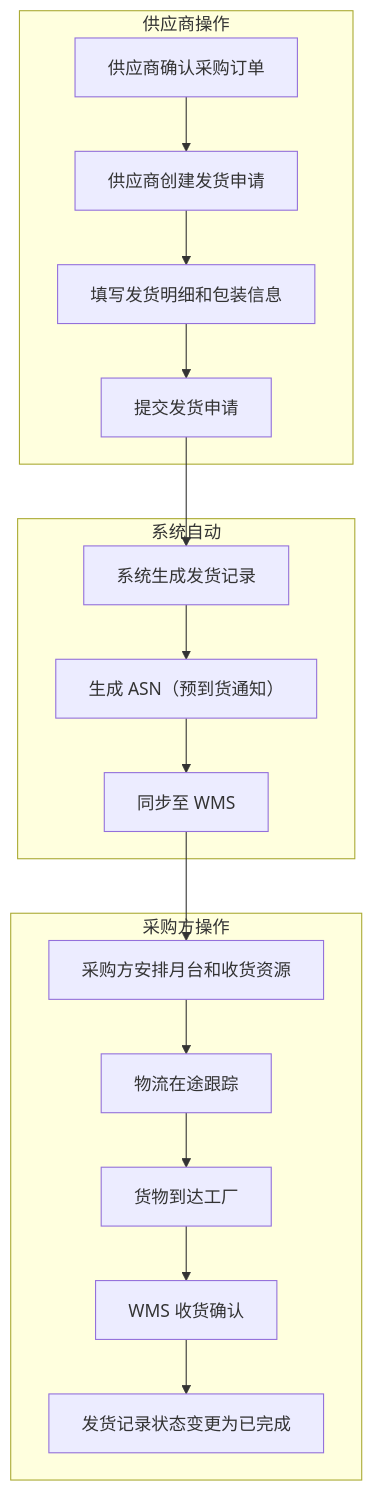
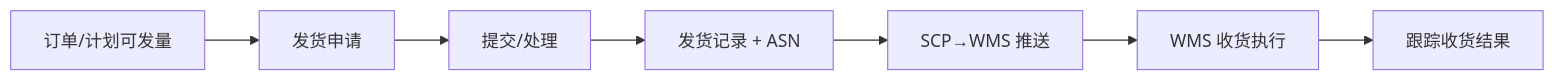
The diagram in docs/10-SCP-供应链平台/05-发货协同/index.md (jiargcn/MomProductDocument), drawn with Mermaid before and after one commit. The commit also changed other lines of this file and 27 other files, not shown here.

````diff
--- a/docs/10-SCP-供应链平台/05-发货协同/index.md
+++ b/docs/10-SCP-供应链平台/05-发货协同/index.md
@@ -63,35 +34,9 @@
 ```mermaid
-flowchart TD
-    A["供应商确认采购订单"] --> B["供应商创建发货申请"]
-    B --> C["填写发货明细和包装信息"]
-    C --> D["提交发货申请"]
-    D --> E["系统生成发货记录"]
-    E --> F["生成 ASN（预到货通知）"]
-    F --> G["同步至 WMS"]
-    G --> H["采购方安排月台和收货资源"]
-    H --> I["物流在途跟踪"]
-    I --> J["货物到达工厂"]
-    J --> K["WMS 收货确认"]
-    K --> L["发货记录状态变更为已完成"]
-
-    subgraph 供应商操作
-        A
-        B
-        C
-        D
-    end
-
-    subgraph 系统自动
-        E
-        F
-        G
-    end
-
-    subgraph 采购方操作
-        H
-        I
-        J
-        K
-        L
-    end
+flowchart LR
+    A["订单/计划可发量"] --> B["发货申请"]
+    B --> C["提交/处理"]
+    C --> D["发货记录 + ASN"]
+    D --> E["SCP→WMS 推送"]
+    E --> F["WMS 收货执行"]
+    F --> G["跟踪收货结果"]
 ```
````
